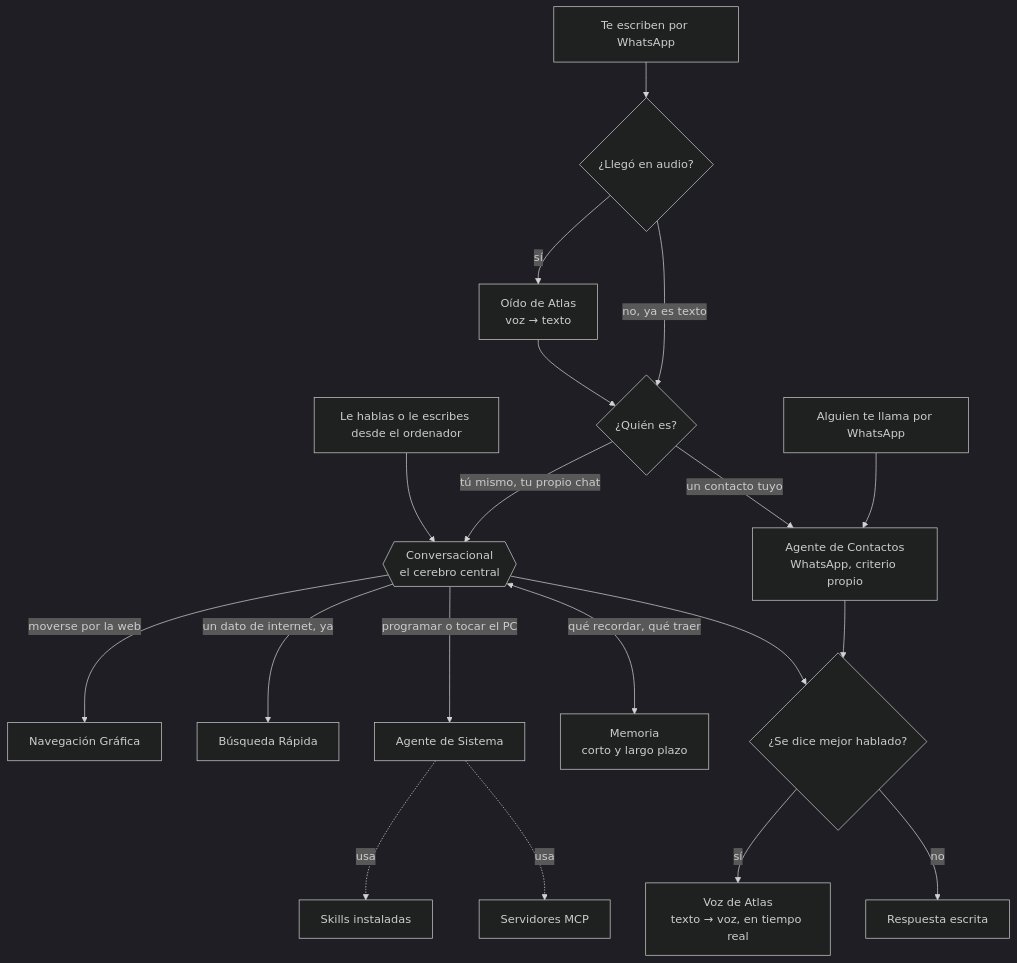
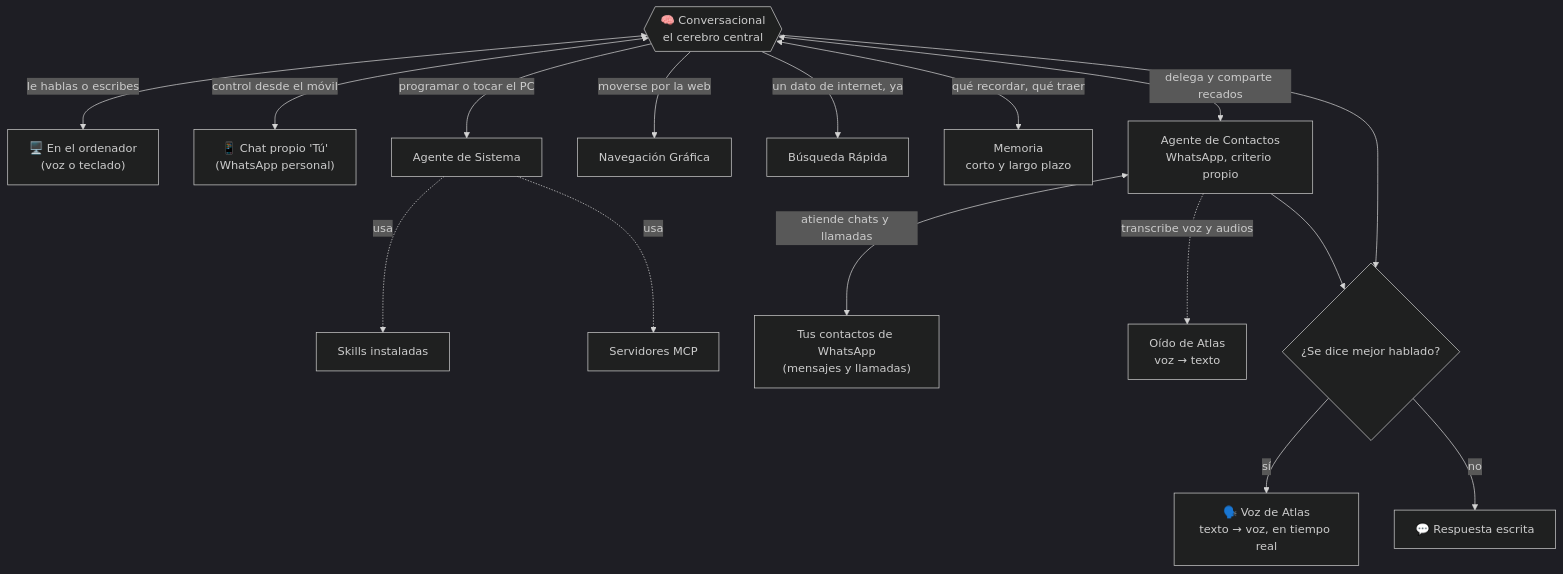
One commit to sharith45/atlas-Assistant changed the diagram in README.md. Above: the diagram before and after it, drawn with Mermaid (dark theme). The commit also changed other lines of this file, not shown here.

Commit message:
Enhance Atlas diagram and descriptions
Updated the diagram and text for clarity and added emojis for better visualization.

````diff
--- a/README.md
+++ b/README.md
@@ -169,26 +168,28 @@
 ```mermaid
 flowchart TD
-    CONV{{"Conversacional<br/>el cerebro central"}}
-    U1["Le hablas o le escribes desde el ordenador"] --> CONV
+    CONV{{"🧠 Conversacional<br/>el cerebro central"}}
 
+    %% CANALES DEL USUARIO (TÚ)
+    CONV <-->|"le hablas o escribes"| U1["🖥️ En el ordenador<br/>(voz o teclado)"]
+    CONV <-->|"control desde el móvil"| U2["📱 Chat propio 'Tú'<br/>(WhatsApp personal)"]
+
+    %% AGENTES Y HERRAMIENTAS QUE ORQUESTA
+    CONV -->|"programar o tocar el PC"| SIS["Agente de Sistema"]
     CONV -->|"moverse por la web"| NAV["Navegación Gráfica"]
     CONV -->|"un dato de internet, ya"| BUS["Búsqueda Rápida"]
-    CONV -->|"programar o tocar el PC"| SIS["Agente de Sistema"]
     CONV <-->|"qué recordar, qué traer"| MEM["Memoria<br/>corto y largo plazo"]
 
     SIS -.->|"usa"| SKI["Skills instaladas"]
     SIS -.->|"usa"| MCP["Servidores MCP"]
 
-    U2["Te escriben por WhatsApp"] --> W2{"¿Llegó en audio?"}
-    W2 -->|"sí"| OIDO["Oído de Atlas<br/>voz → texto"]
-    W2 -->|"no, ya es texto"| W3
-    OIDO --> W3{"¿Quién es?"}
-    LLAM["Alguien te llama por WhatsApp"] --> WAAG
-    W3 -->|"tú mismo, tu propio chat"| CONV
-    W3 -->|"un contacto tuyo"| WAAG["Agente de Contactos<br/>WhatsApp, criterio propio"]
+    %% ATENCIÓN EXTERNA DE CONTACTOS (AUTÓNOMA)
+    CONV <-->|"delega y comparte recados"| WAAG["Agente de Contactos<br/>WhatsApp, criterio propio"]
+    WAAG <-->|"atiende chats y llamadas"| W_EXT["Tus contactos de WhatsApp<br/>(mensajes y llamadas)"]
+    WAAG -.->|"transcribe voz y audios"| OIDO["Oído de Atlas<br/>voz → texto"]
 
+    %% SALIDAS DEL SISTEMA
     CONV --> SALIDA{"¿Se dice mejor hablado?"}
     WAAG --> SALIDA
-    SALIDA -->|"sí"| VOZ["Voz de Atlas<br/>texto → voz, en tiempo real"]
-    SALIDA -->|"no"| TXT["Respuesta escrita"]
+    SALIDA -->|"sí"| VOZ["🗣️ Voz de Atlas<br/>texto → voz, en tiempo real"]
+    SALIDA -->|"no"| TXT["💬 Respuesta escrita"]
 ```
````
